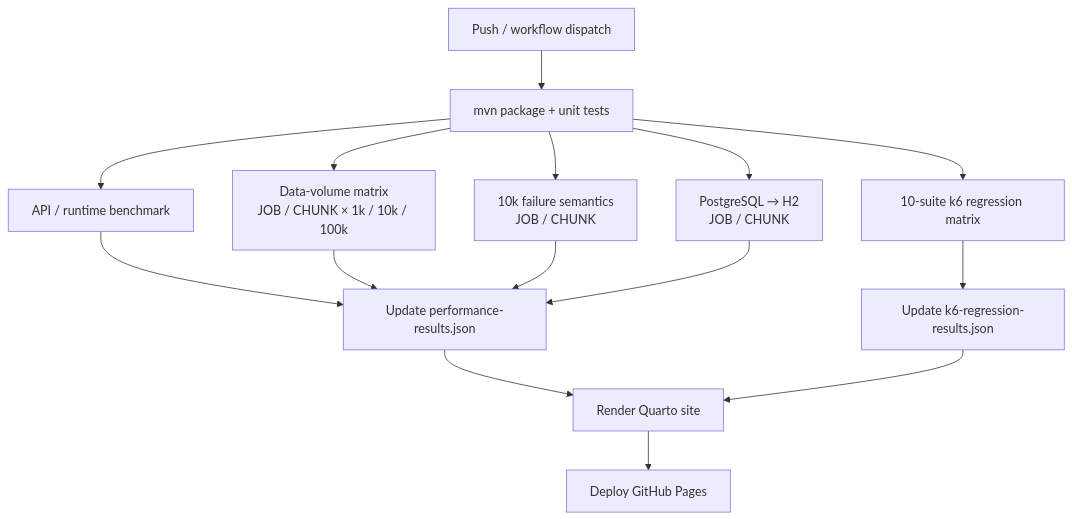
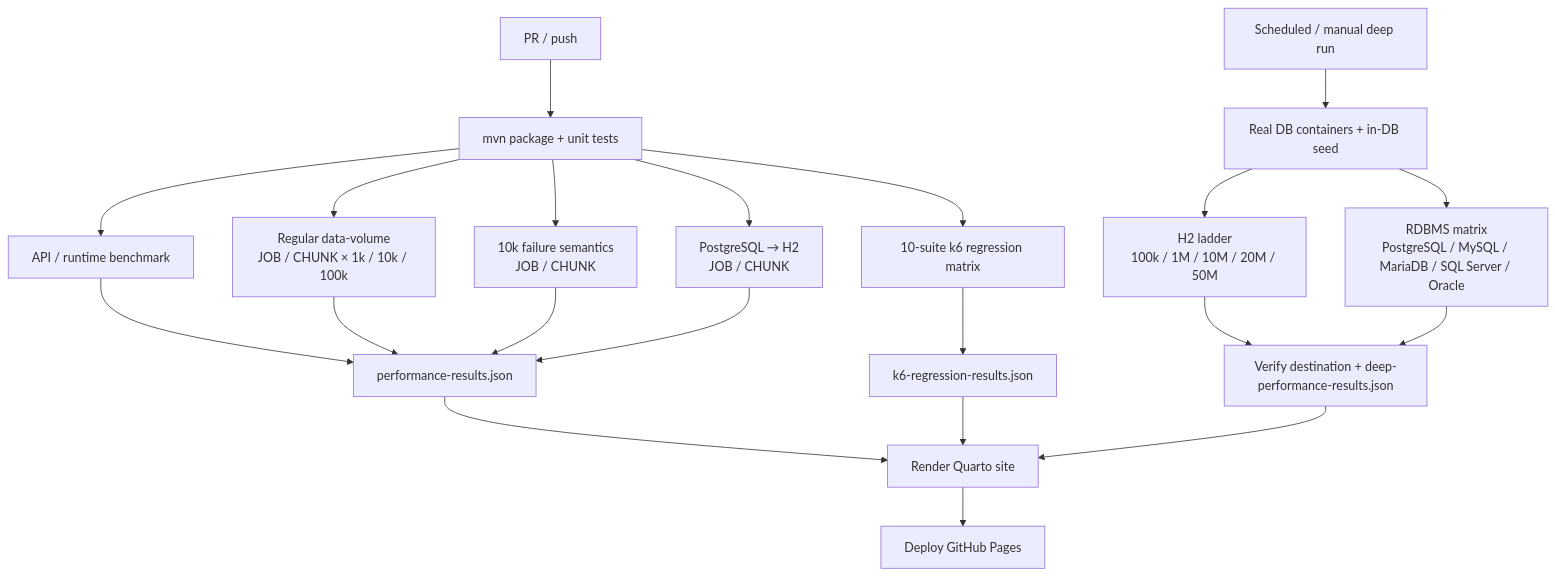
Before and after one commit to tibame201020/IrisPipe: the diagram in quarto/performance.qmd, drawn with Mermaid. The commit also changed other lines of this file and 8 other files, not shown here.

````diff
--- a/quarto/performance.qmd
+++ b/quarto/performance.qmd
@@ -71,19 +75,26 @@
 ```{mermaid}
 flowchart TD
-  P["Push / workflow dispatch"] --> B["mvn package + unit tests"]
+  P["PR / push"] --> B["mvn package + unit tests"]
   B --> A["API / runtime benchmark"]
-  B --> V["Data-volume matrix\nJOB / CHUNK × 1k / 10k / 100k"]
+  B --> V["Regular data-volume\nJOB / CHUNK × 1k / 10k / 100k"]
   B --> F["10k failure semantics\nJOB / CHUNK"]
   B --> X["PostgreSQL → H2\nJOB / CHUNK"]
   B --> R["10-suite k6 regression matrix"]
 
-  A --> KP["Update performance-results.json"]
+  S["Scheduled / manual deep run"] --> DB["Real DB containers + in-DB seed"]
+  DB --> H["H2 ladder\n100k / 1M / 10M / 20M / 50M"]
+  DB --> M["RDBMS matrix\nPostgreSQL / MySQL / MariaDB / SQL Server / Oracle"]
+  H --> DP["Verify destination + deep-performance-results.json"]
+  M --> DP
+
+  A --> KP["performance-results.json"]
   V --> KP
   F --> KP
   X --> KP
-  R --> RP["Update k6-regression-results.json"]
+  R --> RP["k6-regression-results.json"]
 
   KP --> Q["Render Quarto site"]
   RP --> Q
+  DP --> Q
   Q --> D["Deploy GitHub Pages"]
 ```
````
